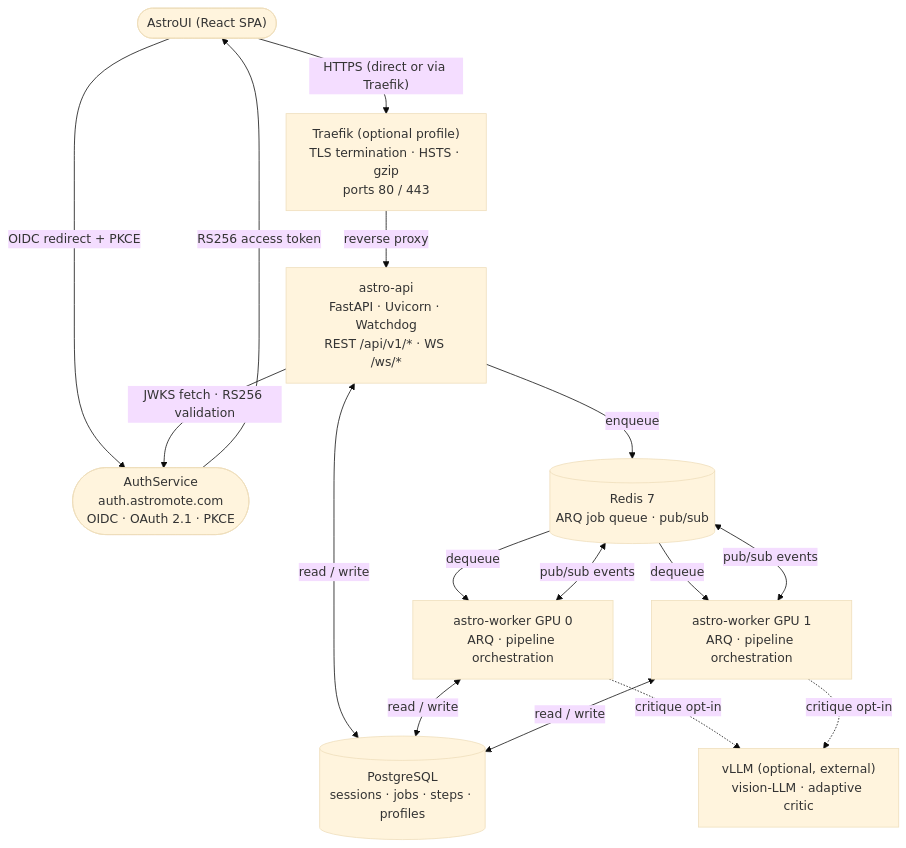
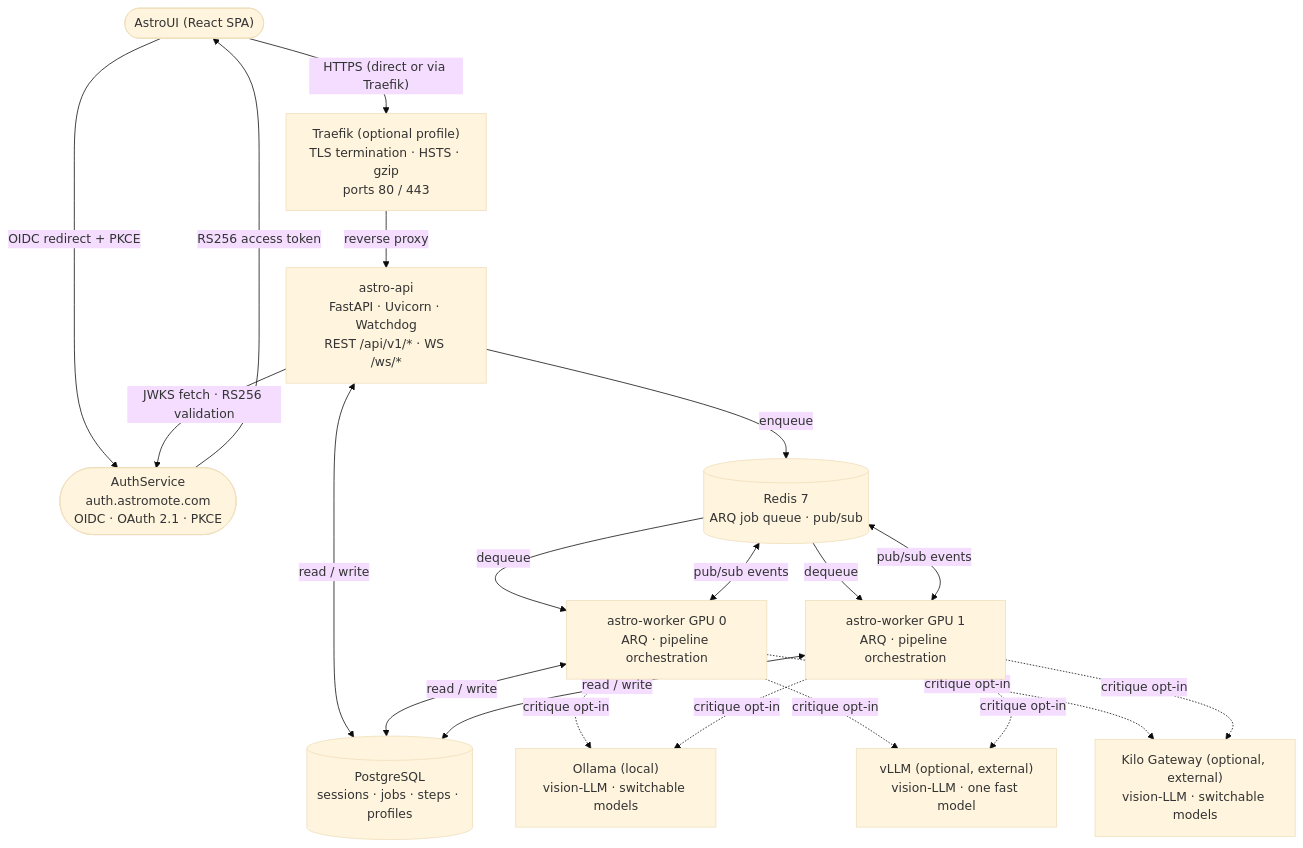
Before and after one commit to x42en/astro-stack: the diagram in README.md, drawn with Mermaid (base theme). The commit also changed other lines of this file and 24 other files, not shown here.

First line of the commit message:
feat(llm): implement multi-provider support for adaptive critic

````diff
--- a/README.md
+++ b/README.md
@@ -127,28 +127,34 @@
 ```mermaid
 flowchart TD
     UI(["AstroUI (React SPA)"])
     AUTH(["AuthService\nauth.astromote.com\nOIDC · OAuth 2.1 · PKCE"])
     TRAEFIK["Traefik (optional profile)\nTLS termination · HSTS · gzip\nports 80 / 443"]
     API["astro-api\nFastAPI · Uvicorn · Watchdog\nREST /api/v1/* · WS /ws/*"]
     REDIS[("Redis 7\nARQ job queue · pub/sub")]
     W0["astro-worker GPU 0\nARQ · pipeline orchestration"]
     W1["astro-worker GPU 1\nARQ · pipeline orchestration"]
     PG[("PostgreSQL\nsessions · jobs · steps · profiles")]
-    VLLM["vLLM (optional, external)\nvision-LLM · adaptive critic"]
+    OLLAMA["Ollama (local)\nvision-LLM · switchable models"]
+    VLLM["vLLM (optional, external)\nvision-LLM · one fast model"]
+    KILO["Kilo Gateway (optional, external)\nvision-LLM · switchable models"]
 
     UI -->|"HTTPS (direct or via Traefik)"| TRAEFIK
     TRAEFIK -->|reverse proxy| API
     UI -- "OIDC redirect + PKCE" --> AUTH
     AUTH -- "RS256 access token" --> UI
     API -- "JWKS fetch · RS256 validation" --> AUTH
     API -->|enqueue| REDIS
     REDIS -->|dequeue| W0
     REDIS -->|dequeue| W1
     W0 <-->|pub/sub events| REDIS
     W1 <-->|pub/sub events| REDIS
     API <-->|read / write| PG
     W0 <-->|read / write| PG
     W1 <-->|read / write| PG
+    W0 -.->|critique opt-in| OLLAMA
     W0 -.->|critique opt-in| VLLM
+    W0 -.->|critique opt-in| KILO
+    W1 -.->|critique opt-in| OLLAMA
     W1 -.->|critique opt-in| VLLM
+    W1 -.->|critique opt-in| KILO
 ```
````
